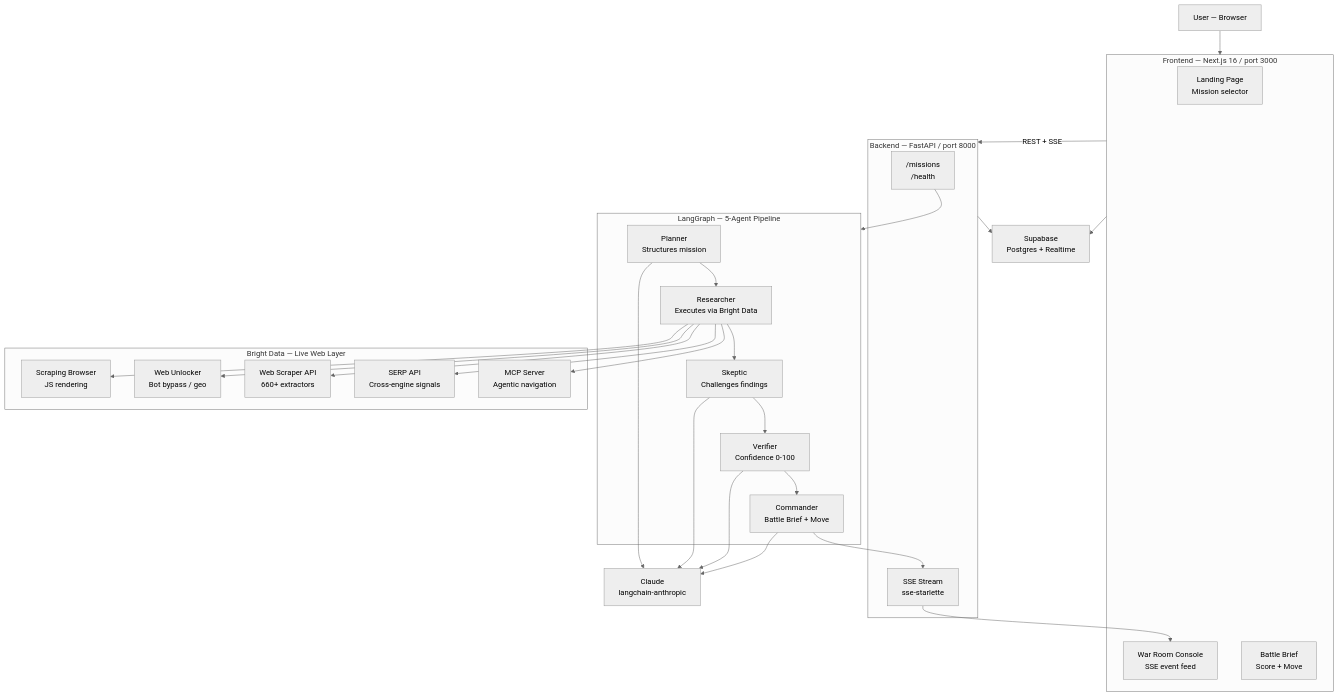
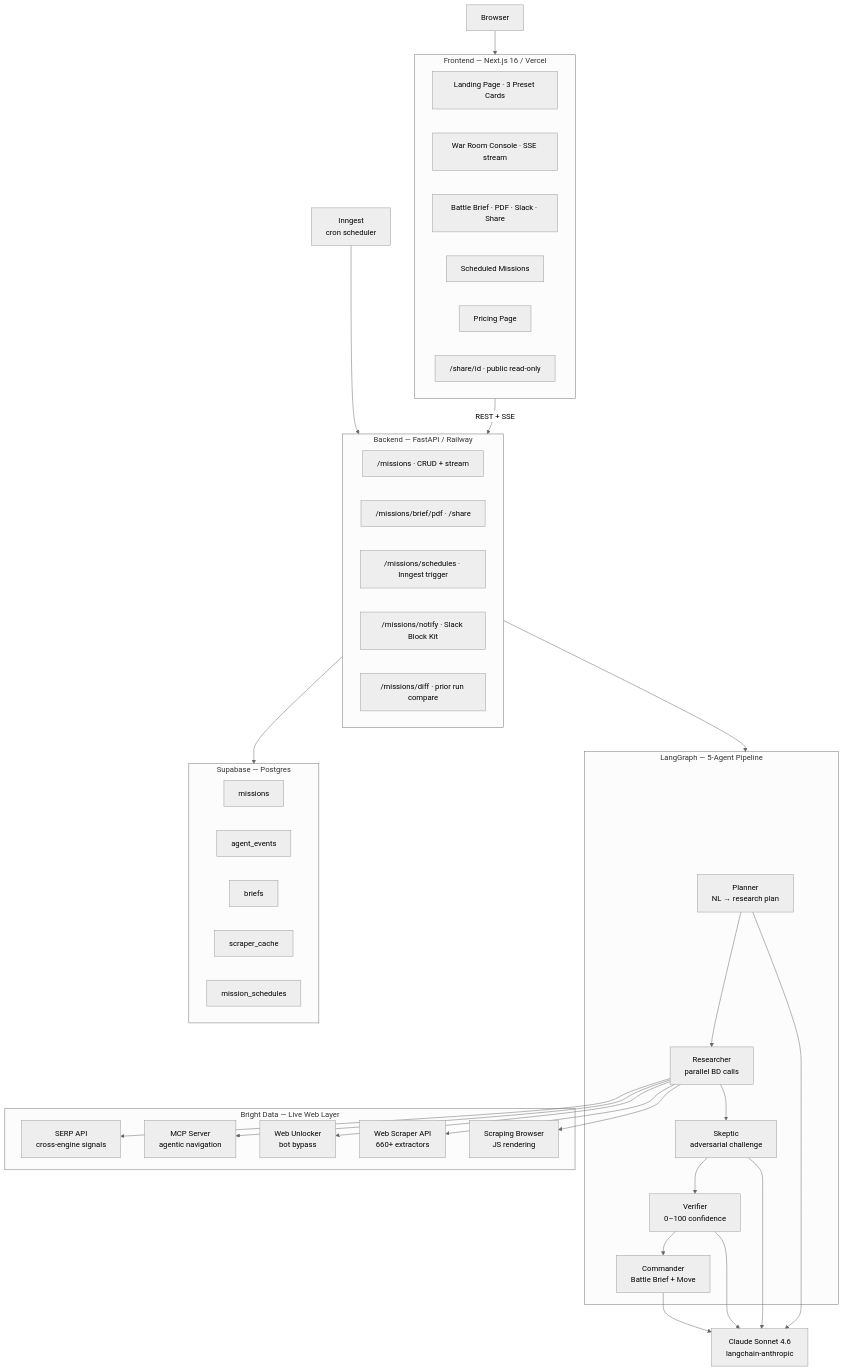
One commit to jpablortiz96/warroom-ai changed the diagram in ARCHITECTURE.md. Above: the diagram before and after it, drawn with Mermaid (neutral theme). The commit also changed other lines of this file and 5 other files, not shown here.

Commit message:
docs: production readme -- startup-grade pitch + sample briefs + architecture refresh

````diff
--- a/ARCHITECTURE.md
+++ b/ARCHITECTURE.md
@@ -5,54 +5,61 @@
 ```mermaid
 flowchart TD
-    User["User — Browser"] --> Web
+    User["Browser"] --> Web
 
-    subgraph Web["Frontend — Next.js 16 / port 3000"]
-        Landing["Landing Page\nMission selector"]
-        Console["War Room Console\nSSE event feed"]
-        Brief["Battle Brief\nScore + Move"]
+    subgraph Web["Frontend — Next.js 16 / Vercel"]
+        Landing["Landing Page · 3 Preset Cards"]
+        Console["War Room Console · SSE stream"]
+        Brief["Battle Brief · PDF · Slack · Share"]
+        Schedules["Scheduled Missions"]
+        Pricing["Pricing Page"]
+        SharePage["/share/id · public read-only"]
     end
 
     Web -- "REST + SSE" --> API
 
-    subgraph API["Backend — FastAPI / port 8000"]
-        Routes["/missions\n/health"]
-        SSEStream["SSE Stream\nsse-starlette"]
+    subgraph API["Backend — FastAPI / Railway"]
+        MissionsR["/missions · CRUD + stream"]
+        BriefsR["/missions/brief/pdf · /share"]
+        SchedulesR["/missions/schedules · Inngest trigger"]
+        NotifyR["/missions/notify · Slack Block Kit"]
+        DiffR["/missions/diff · prior run compare"]
     end
 
-    Routes --> Graph
+    API --> Graph
 
     subgraph Graph["LangGraph — 5-Agent Pipeline"]
-        P["Planner\nStructures mission"]
-        R["Researcher\nExecutes via Bright Data"]
-        Sk["Skeptic\nChallenges findings"]
-        V["Verifier\nConfidence 0-100"]
-        C["Commander\nBattle Brief + Move"]
+        P["Planner<br/>NL → research plan"]
+        R["Researcher<br/>parallel BD calls"]
+        Sk["Skeptic<br/>adversarial challenge"]
+        V["Verifier<br/>0–100 confidence"]
+        C["Commander<br/>Battle Brief + Move"]
         P --> R --> Sk --> V --> C
     end
 
-    C --> SSEStream --> Console
-
-    subgraph BrightData["Bright Data — Live Web Layer"]
-        MCP["MCP Server\nAgentic navigation"]
-        SERP["SERP API\nCross-engine signals"]
-        WSA["Web Scraper API\n660+ extractors"]
-        WU["Web Unlocker\nBot bypass / geo"]
-        SB["Scraping Browser\nJS rendering"]
+    subgraph BD["Bright Data — Live Web Layer"]
+        SERP["SERP API<br/>cross-engine signals"]
+        MCP["MCP Server<br/>agentic navigation"]
+        WU["Web Unlocker<br/>bot bypass"]
+        WSA["Web Scraper API<br/>660+ extractors"]
+        SB["Scraping Browser<br/>JS rendering"]
     end
 
-    R --> MCP
-    R --> SERP
-    R --> WSA
-    R --> WU
-    R --> SB
+    R --> SERP & MCP & WU & WSA & SB
 
-    Claude["Claude\nlangchain-anthropic"]
+    Claude["Claude Sonnet 4.6<br/>langchain-anthropic"]
     P --> Claude
     Sk --> Claude
     V --> Claude
     C --> Claude
 
-    DB["Supabase\nPostgres + Realtime"]
+    subgraph DB["Supabase — Postgres"]
+        Missions["missions"]
+        Events["agent_events"]
+        Briefs["briefs"]
+        Cache["scraper_cache"]
+        Sched["mission_schedules"]
+    end
+
     API --> DB
-    Web --> DB
+    Inngest["Inngest<br/>cron scheduler"] --> API
 ```
````
